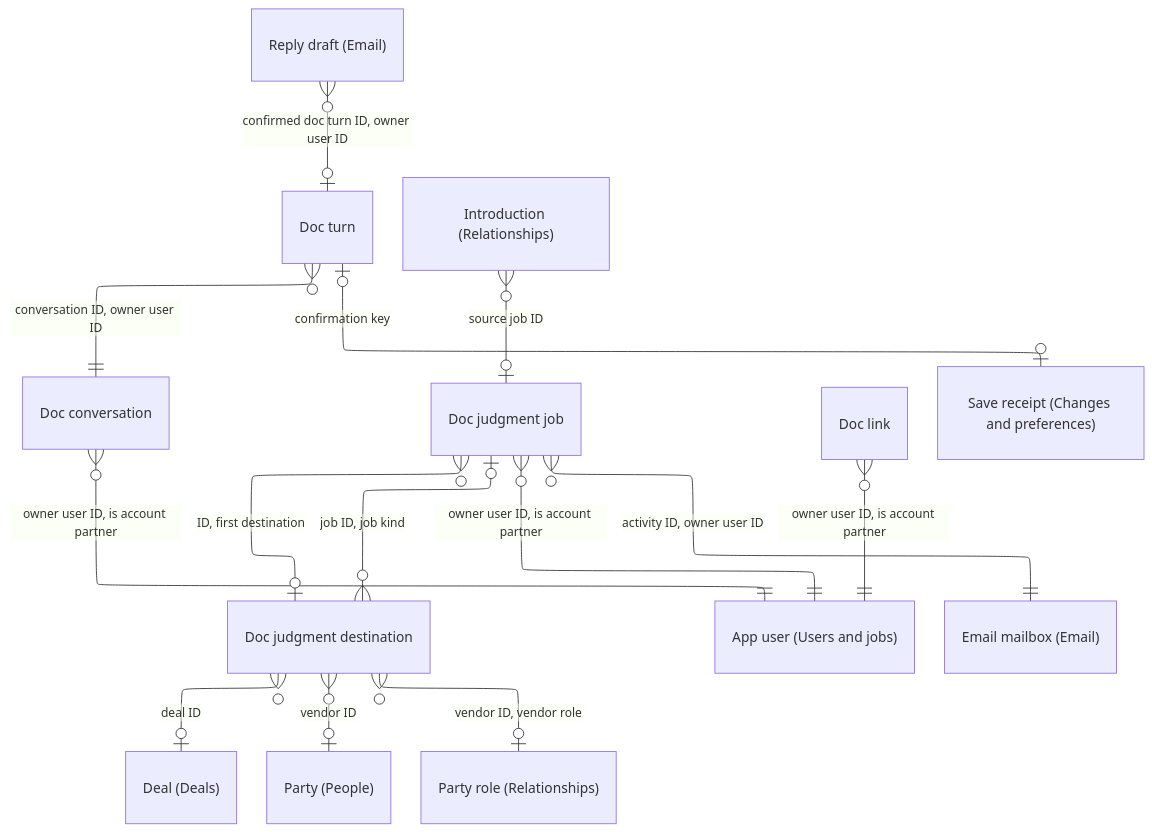
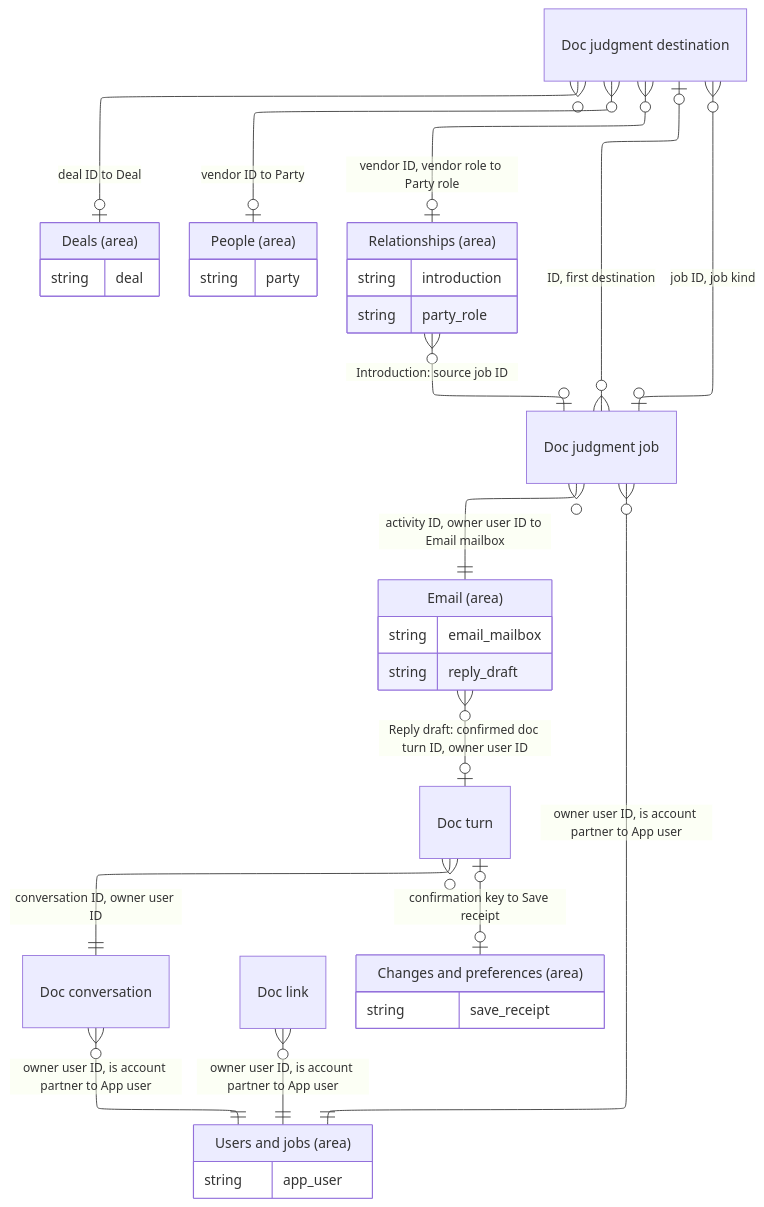
One commit to DoctorCRE/doctorcre-engine changed the diagram in docs/database/tables/viewpoint-doc.md. Above: the diagram before and after it, drawn with Mermaid. The commit also changed 152 other files, not shown here.

````diff
--- a/docs/database/tables/viewpoint-doc.md
+++ b/docs/database/tables/viewpoint-doc.md
@@ -3,28 +3,48 @@
 ```mermaid
 ---
 config:
   layout: elk
   er:
     nodeSpacing: 22
     rankSpacing: 44
 ---
 erDiagram
   "Doc conversation"
   "Doc judgment destination"
   "Doc judgment job"
   "Doc link"
   "Doc turn"
-  "Doc conversation" }o--|| "App user (Users and jobs)" : "owner user ID, is account partner"
-  "Doc judgment destination" }o--o| "Deal (Deals)" : "deal ID"
+  "Changes and preferences (area)" {
+    string save_receipt
+  }
+  "Deals (area)" {
+    string deal
+  }
+  "Email (area)" {
+    string email_mailbox
+    string reply_draft
+  }
+  "People (area)" {
+    string party
+  }
+  "Relationships (area)" {
+    string introduction
+    string party_role
+  }
+  "Users and jobs (area)" {
+    string app_user
+  }
+  "Doc conversation" }o--|| "Users and jobs (area)" : "owner user ID, is account partner to App user"
+  "Doc judgment destination" }o--o| "Deals (area)" : "deal ID to Deal"
   "Doc judgment destination" }o--o| "Doc judgment job" : "job ID, job kind"
-  "Doc judgment destination" }o--o| "Party (People)" : "vendor ID"
-  "Doc judgment destination" }o--o| "Party role (Relationships)" : "vendor ID, vendor role"
-  "Doc judgment job" }o--|| "App user (Users and jobs)" : "owner user ID, is account partner"
+  "Doc judgment destination" }o--o| "People (area)" : "vendor ID to Party"
+  "Doc judgment destination" }o--o| "Relationships (area)" : "vendor ID, vendor role to Party role"
+  "Doc judgment job" }o--|| "Users and jobs (area)" : "owner user ID, is account partner to App user"
   "Doc judgment job" }o--o| "Doc judgment destination" : "ID, first destination"
-  "Doc judgment job" }o--|| "Email mailbox (Email)" : "activity ID, owner user ID"
-  "Doc link" }o--|| "App user (Users and jobs)" : "owner user ID, is account partner"
+  "Doc judgment job" }o--|| "Email (area)" : "activity ID, owner user ID to Email mailbox"
+  "Doc link" }o--|| "Users and jobs (area)" : "owner user ID, is account partner to App user"
   "Doc turn" }o--|| "Doc conversation" : "conversation ID, owner user ID"
-  "Doc turn" |o--o| "Save receipt (Changes and preferences)" : "confirmation key"
-  "Introduction (Relationships)" }o--o| "Doc judgment job" : "source job ID"
-  "Reply draft (Email)" }o--o| "Doc turn" : "confirmed doc turn ID, owner user ID"
+  "Doc turn" |o--o| "Changes and preferences (area)" : "confirmation key to Save receipt"
+  "Relationships (area)" }o--o| "Doc judgment job" : "Introduction: source job ID"
+  "Email (area)" }o--o| "Doc turn" : "Reply draft: confirmed doc turn ID, owner user ID"
 ```
````
